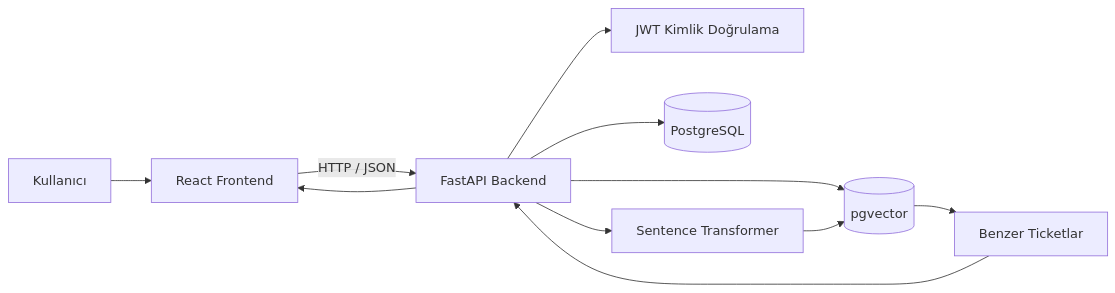
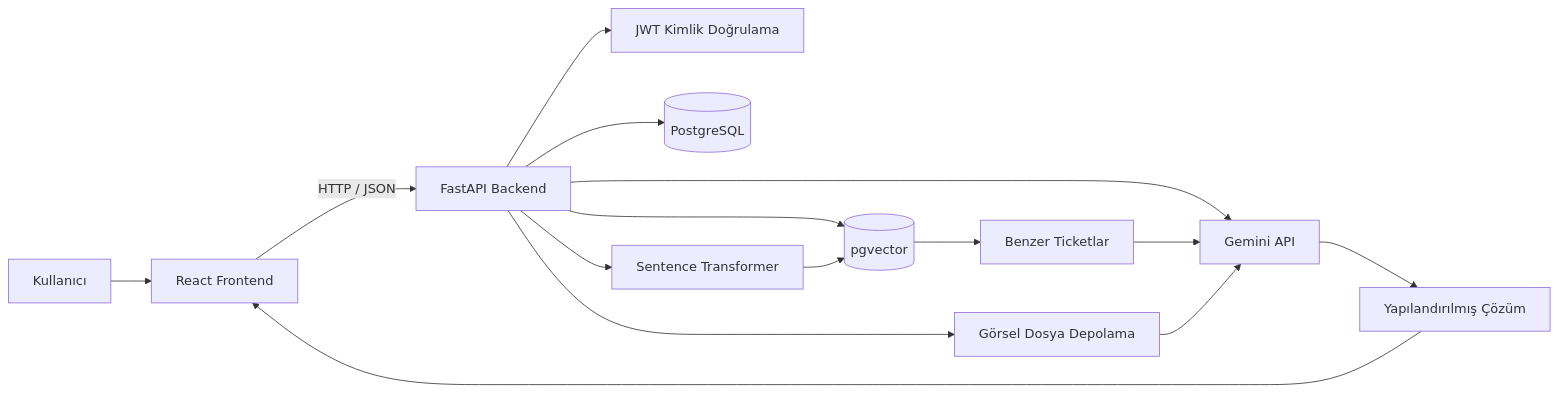
Before and after one commit to hypervsec/IntelliDesk: the diagram in README.md, drawn with Mermaid. The commit also changed other lines of this file, not shown here.

````diff
--- a/README.md
+++ b/README.md
@@ -113,13 +178,19 @@
 ```mermaid
 flowchart LR
     U[Kullanıcı] --> F[React Frontend]
     F -->|HTTP / JSON| B[FastAPI Backend]
+
     B --> A[JWT Kimlik Doğrulama]
     B --> P[(PostgreSQL)]
     B --> V[(pgvector)]
-    B --> M[Sentence Transformer]
-    M --> V
+    B --> E[Sentence Transformer]
+    B --> G[Gemini API]
+    B --> S[Görsel Dosya Depolama]
+
+    E --> V
     V --> R[Benzer Ticketlar]
-    R --> B
-    B --> F
+    R --> G
+    S --> G
+    G --> C[Yapılandırılmış Çözüm]
+    C --> F
 ```
````
